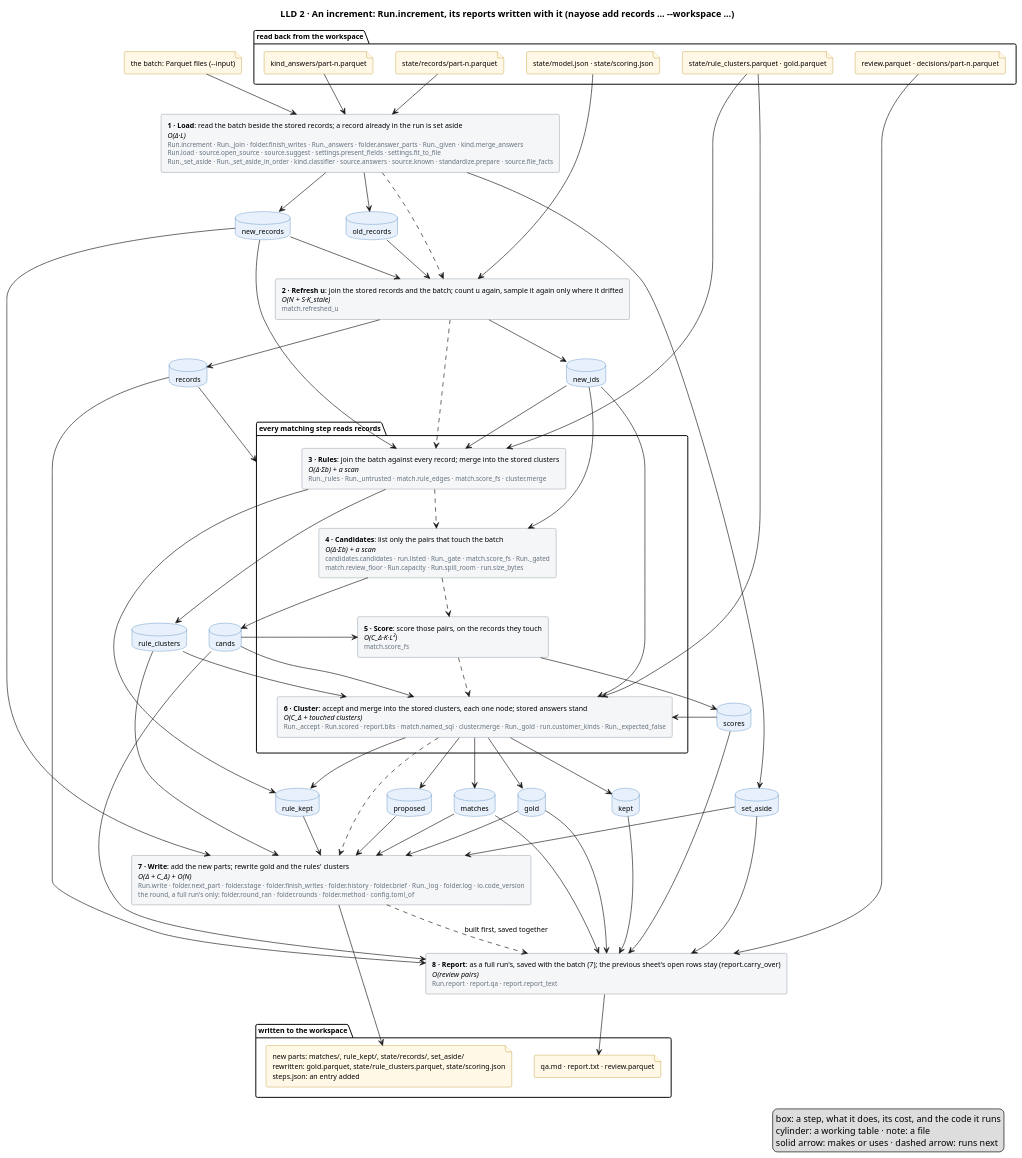
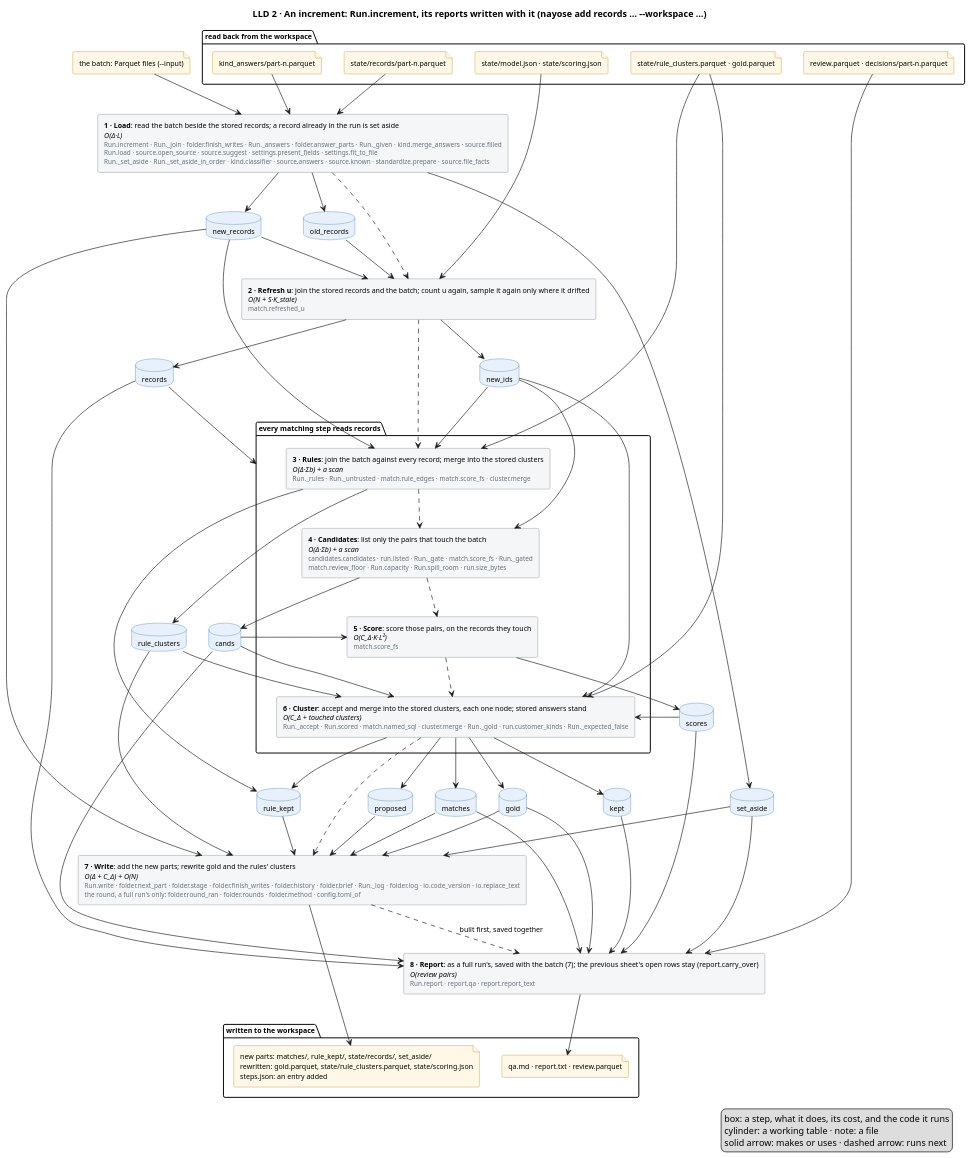
One commit to mvsbm/entity_matching changed the diagram in docs/diagrams/increment.puml. Above: the diagram before and after it, drawn with PlantUML. The commit also changed 31 other files, not shown here.

```diff
--- a/docs/diagrams/increment.puml
+++ b/docs/diagrams/increment.puml
@@ -1,119 +1,119 @@
 @startuml increment
 title LLD 2 · An increment: Run.increment, its reports written with it (nayose add records … ~--workspace …)
 skinparam defaultFontSize 11
 skinparam rectangle {
   BackgroundColor #F4F6F8
   BorderColor #65717E
 }
 skinparam database {
   BackgroundColor #E8F1FB
   BorderColor #2C6DB3
 }
 skinparam file {
   BackgroundColor #FFF8E6
   BorderColor #B07D00
 }
 
 package "read back from the workspace" {
   file "state/model.json · state/scoring.json" as f_model
   file "state/records/part-n.parquet" as f_records
   file "state/rule_clusters.parquet · gold.parquet" as f_clusters
   file "kind_answers/part-n.parquet" as f_answers
   file "review.parquet · decisions/part-n.parquet" as f_sheet
 }
 file "the batch: Parquet files (~--input)" as f_batch
 
 
-rectangle "<b>1 · Load</b>: read the batch beside the stored records; a record already in the run is set aside\n<i>O(Δ·L)</i>\n<size:10><color:#65717E>Run.increment · Run._join · folder.finish_writes · Run._answers · folder.answer_parts · Run._given · kind.merge_answers</color></size>\n<size:10><color:#65717E>Run.load · source.open_source · source.suggest · settings.present_fields · settings.fit_to_file</color></size>\n<size:10><color:#65717E>Run._set_aside · Run._set_aside_in_order · kind.classifier · source.answers · source.known · standardize.prepare · source.file_facts</color></size>" as load
+rectangle "<b>1 · Load</b>: read the batch beside the stored records; a record already in the run is set aside\n<i>O(Δ·L)</i>\n<size:10><color:#65717E>Run.increment · Run._join · folder.finish_writes · Run._answers · folder.answer_parts · Run._given · kind.merge_answers · source.filled</color></size>\n<size:10><color:#65717E>Run.load · source.open_source · source.suggest · settings.present_fields · settings.fit_to_file</color></size>\n<size:10><color:#65717E>Run._set_aside · Run._set_aside_in_order · kind.classifier · source.answers · source.known · standardize.prepare · source.file_facts</color></size>" as load
 rectangle "<b>2 · Refresh u</b>: join the stored records and the batch; count u again, sample it again only where it drifted\n<i>O(N + S·K_stale)</i>\n<size:10><color:#65717E>match.refreshed_u</color></size>" as fit
 package "every matching step reads records" as matching {
   rectangle "<b>3 · Rules</b>: join the batch against every record; merge into the stored clusters\n<i>O(Δ·Σb) + a scan</i>\n<size:10><color:#65717E>Run._rules · Run._untrusted · match.rule_edges · match.score_fs · cluster.merge</color></size>" as rules
   rectangle "<b>4 · Candidates</b>: list only the pairs that touch the batch\n<i>O(Δ·Σb) + a scan</i>\n<size:10><color:#65717E>candidates.candidates · run.listed · Run._gate · match.score_fs · Run._gated</color></size>\n<size:10><color:#65717E>match.review_floor · Run.capacity · Run.spill_room · run.size_bytes</color></size>" as candidates
   rectangle "<b>5 · Score</b>: score those pairs, on the records they touch\n<i>O(C_Δ·K·L²)</i>\n<size:10><color:#65717E>match.score_fs</color></size>" as score
-  rectangle "<b>6 · Cluster</b>: accept and merge into the stored clusters, each one node; stored answers stand\n<i>O(C_Δ + touched clusters)</i>\n<size:10><color:#65717E>Run._accept · Run.scored · report.bits · match.named_sql · cluster.merge · Run._gold · run.customer_kinds · Run._expected_false</color></size>" as cluster
+  rectangle "<b>6 · Cluster</b>: accept and merge into the stored clusters, each one node; stored answers stand\n<i>O(C_Δ + touched clusters)</i>\n<size:10><color:#65717E>Run._accept · Run.scored · match.named_sql · cluster.merge · Run._gold · run.customer_kinds · Run._expected_false</color></size>" as cluster
 }
-rectangle "<b>7 · Write</b>: add the new parts; rewrite gold and the rules' clusters\n<i>O(Δ + C_Δ) + O(N)</i>\n<size:10><color:#65717E>Run.write · folder.next_part · folder.stage · folder.finish_writes · folder.history · folder.brief · Run._log · folder.log · io.code_version</color></size>\n<size:10><color:#65717E>the round, a full run's only: folder.round_ran · folder.rounds · folder.method · config.toml_of</color></size>" as write
+rectangle "<b>7 · Write</b>: add the new parts; rewrite gold and the rules' clusters\n<i>O(Δ + C_Δ) + O(N)</i>\n<size:10><color:#65717E>Run.write · folder.next_part · folder.stage · folder.finish_writes · folder.history · folder.brief · Run._log · folder.log · io.code_version · io.replace_text</color></size>\n<size:10><color:#65717E>the round, a full run's only: folder.round_ran · folder.rounds · folder.method · config.toml_of</color></size>" as write
 rectangle "<b>8 · Report</b>: as a full run's, saved with the batch (7); the previous sheet's open rows stay (report.carry_over)\n<i>O(review pairs)</i>\n<size:10><color:#65717E>Run.report · report.qa · report.report_text</color></size>" as report
 database "old_records" as old_records
 database "new_records" as new_records
 database "set_aside" as set_aside
 database "records" as records
 database "new_ids" as new_ids
 database "rule_clusters" as rule_clusters
 database "rule_kept" as rule_kept
 database "cands" as cands
 database "scores" as scores
 database "matches" as matches
 database "proposed" as proposed
 database "kept" as kept
 database "gold" as gold
 
 package "written to the workspace" {
   file "new parts: matches/, rule_kept/, state/records/, set_aside/\nrewritten: gold.parquet, state/rule_clusters.parquet, state/scoring.json\nsteps.json: an entry added" as f_out
   file "qa.md · report.txt · review.parquet" as f_people
 }
 
 f_batch --> load
 f_records --> load
 f_answers --> load
 f_model --> fit
 f_clusters --> rules
 f_clusters --> cluster
 f_sheet --> report
 
 load ..> fit
 fit ..> rules
 rules ..> candidates
 candidates ..> score
 score ..> cluster
 cluster ..> write
 write ..> report : built first, saved together
 
 load --> old_records
 load --> new_records
 load --> set_aside
 old_records --> fit
 new_records --> fit
 fit --> records
 fit --> new_ids
 records --> matching
 new_records --> rules
 new_ids --> rules
 rules --> rule_clusters
 rules --> rule_kept
 new_ids --> candidates
 candidates --> cands
 cands --> score
 score --> scores
 new_ids --> cluster
 rule_clusters --> cluster
 cands --> cluster
 scores --> cluster
 cluster --> matches
 cluster --> proposed
 cluster --> kept
 cluster --> rule_kept
 kept --> report
 proposed --> write
 cluster --> gold
 new_records --> write
 rule_clusters --> write
 rule_kept --> write
 matches --> write
 gold --> write
 set_aside --> write
 records --> report
 cands --> report
 scores --> report
 matches --> report
 gold --> report
 set_aside --> report
 
 write --> f_out
 report --> f_people
 legend right
   box: a step, what it does, its cost, and the code it runs
   cylinder: a working table · note: a file
   solid arrow: makes or uses · dashed arrow: runs next
 endlegend
 @enduml
```
